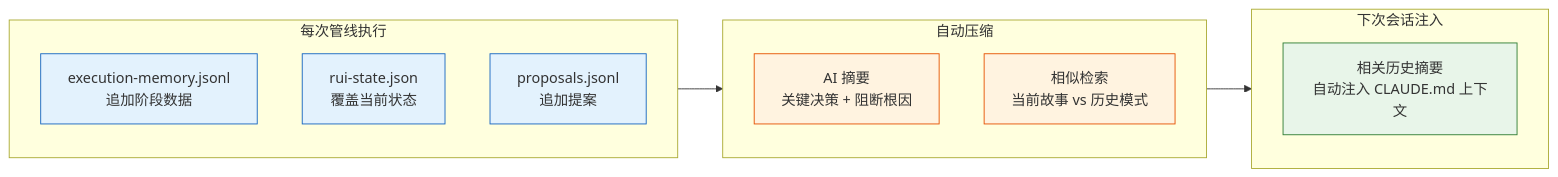
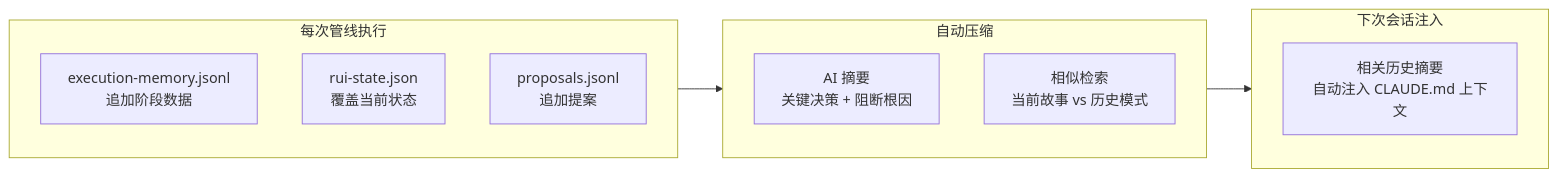
One commit to effiy/YrY changed the fifth of 6 diagrams in agents/self-improve.md. Above: the diagram before and after it, drawn with Mermaid. The commit also changed other lines of this file and 9 other files, not shown here.

````diff
--- a/agents/self-improve.md
+++ b/agents/self-improve.md
@@ -162,20 +149,17 @@
 ```mermaid
 flowchart LR
     subgraph 写入["每次管线执行"]
         W1["execution-memory.jsonl<br/>追加阶段数据"]:::data
         W2["rui-state.json<br/>覆盖当前状态"]:::data
         W3["proposals.jsonl<br/>追加提案"]:::data
     end
     subgraph 压缩["自动压缩"]
         C1["AI 摘要<br/>关键决策 + 阻断根因"]:::comp
         C2["相似检索<br/>当前故事 vs 历史模式"]:::comp
     end
     subgraph 注入["下次会话注入"]
         I1["相关历史摘要<br/>自动注入 CLAUDE.md 上下文"]:::inj
     end
     写入 --> 压缩 --> 注入
 
-    classDef data fill:#e3f2fd,stroke:#1565c0;
-    classDef comp fill:#fff3e0,stroke:#e65100;
-    classDef inj fill:#e8f5e9,stroke:#2e7d32;
 ```
````
